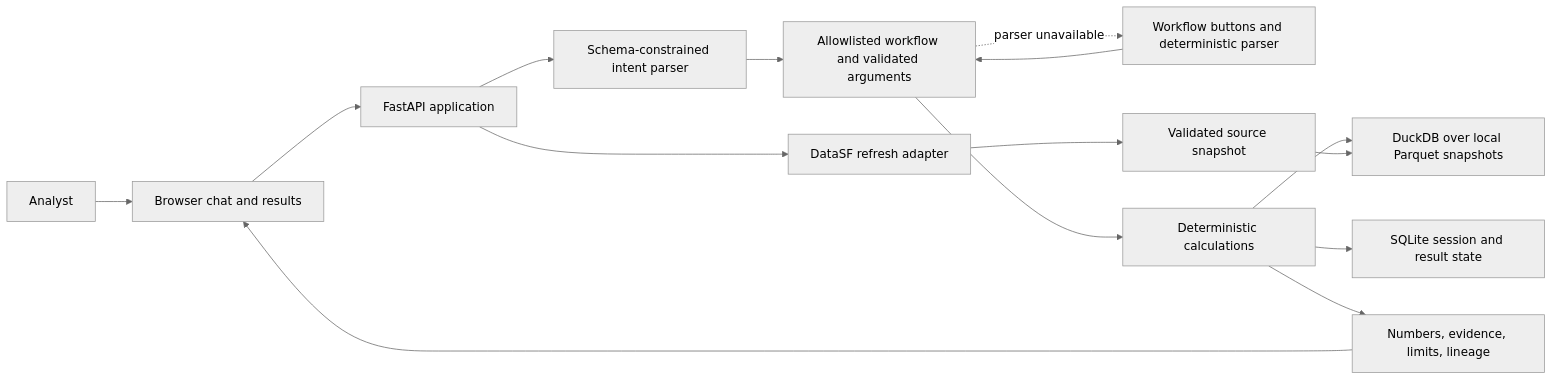
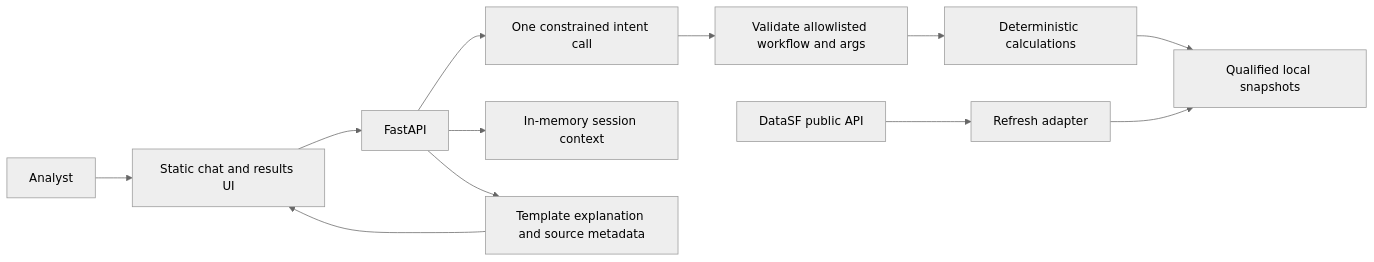
One commit to Bar-Bettash/deloitte-home-assignment changed the diagram in README.md. Above: the diagram before and after it, drawn with Mermaid (neutral theme). The commit also changed other lines of this file, not shown here.

Commit message:
simplify airport analyst build plan

````diff
--- a/README.md
+++ b/README.md
@@ -20,17 +52,14 @@
-```mermaid
+~~~mermaid
 flowchart LR
-  User[Analyst] --> UI[Browser chat and results]
-  UI --> API[FastAPI application]
-  API --> AI[Schema-constrained intent parser]
-  AI --> Router[Allowlisted workflow and validated arguments]
-  Router -. parser unavailable .-> Quick[Workflow buttons and deterministic parser]
-  Quick --> Router
-  Router --> Calc[Deterministic calculations]
-  Calc --> Data[DuckDB over local Parquet snapshots]
-  Calc --> State[SQLite session and result state]
-  API --> Refresh[DataSF refresh adapter]
-  Refresh --> Snapshot[Validated source snapshot]
-  Snapshot --> Data
-  Calc --> Response[Numbers, evidence, limits, lineage]
-  Response --> UI
-```
+    U[Analyst] --> UI[Static chat and results UI]
+    UI --> API[FastAPI]
+    API --> INTENT[One constrained intent call]
+    INTENT --> VALIDATE[Validate allowlisted workflow and args]
+    VALIDATE --> CALC[Deterministic calculations]
+    CALC --> SNAP[Qualified local snapshots]
+    API --> SESSION[In-memory session context]
+    API --> RESP[Template explanation and source metadata]
+    RESP --> UI
+    DATASF[DataSF public API] --> REFRESH[Refresh adapter]
+    REFRESH --> SNAP
+~~~
````
